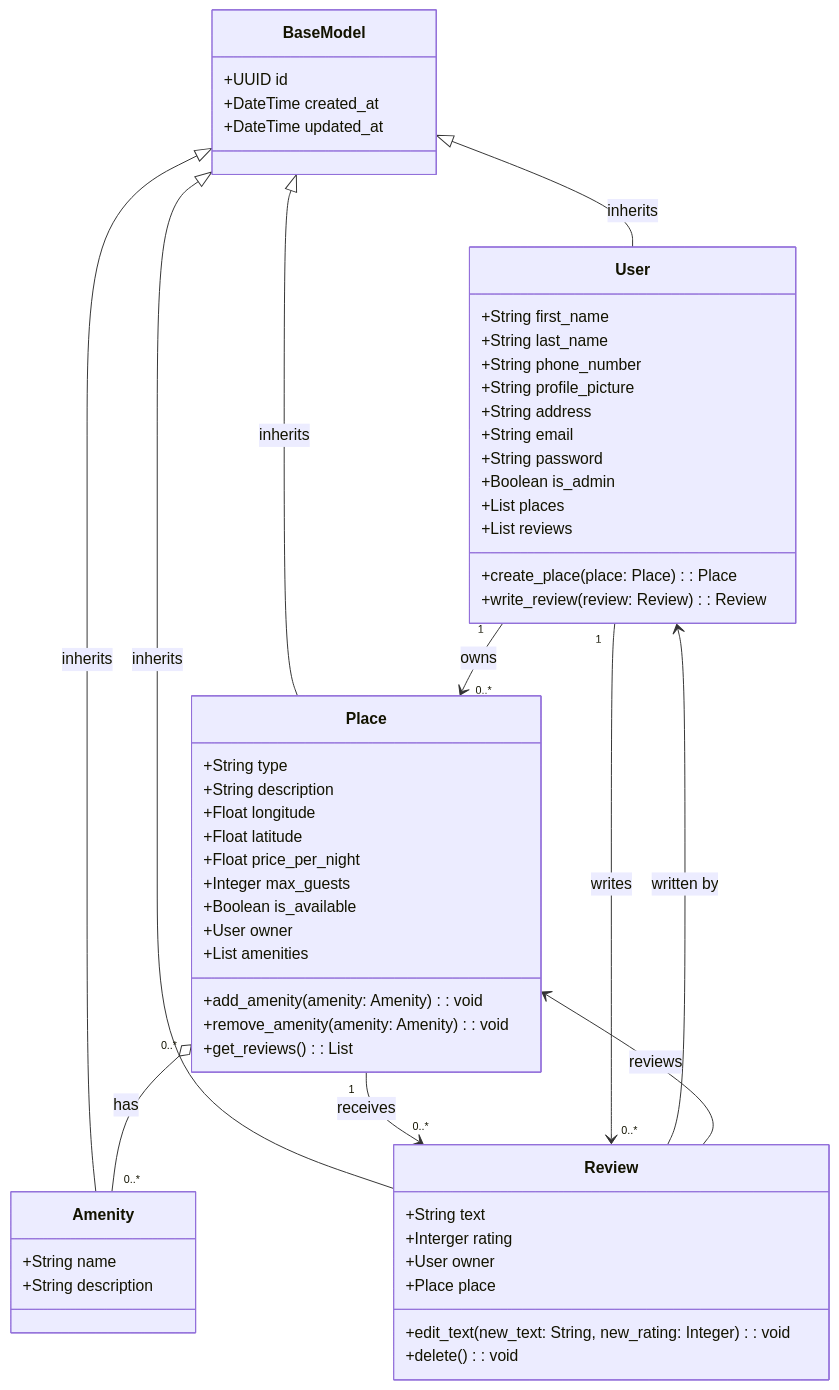
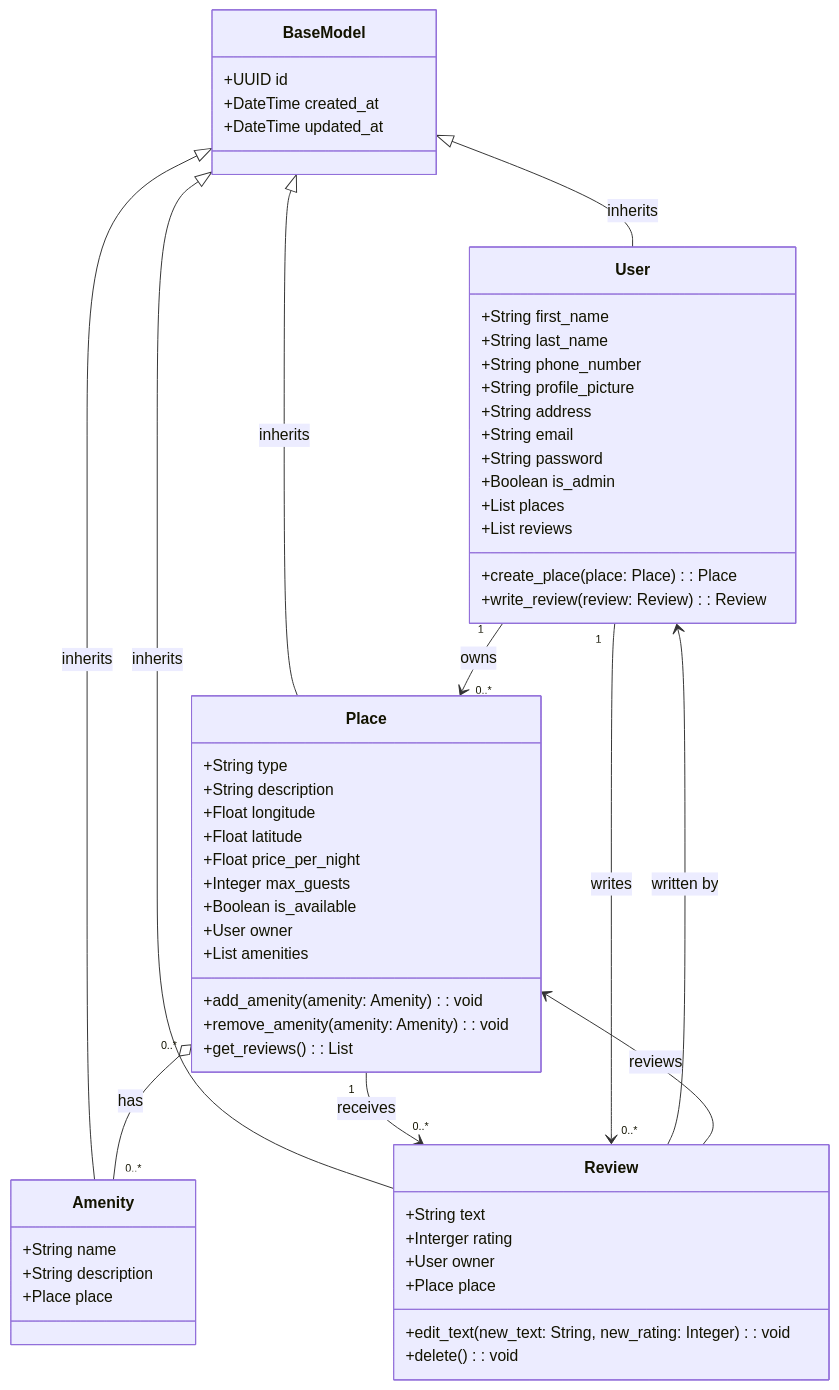
One commit to ItsZmainDev/holbertonschool-hbnb changed the diagram in part1/Detailed Class Diagram for Business Logic Layer.mmd. Above: the diagram before and after it, drawn with Mermaid.

Commit message:
Add place in amenity model

```diff
--- a/part1/Detailed Class Diagram for Business Logic Layer.mmd
+++ b/part1/Detailed Class Diagram for Business Logic Layer.mmd
@@ -1,64 +1,65 @@
 classDiagram
     class BaseModel {
         +UUID id
         +DateTime created_at
         +DateTime updated_at
     }
 
     class User {
         +String first_name
         +String last_name
         +String phone_number
         +String profile_picture
         +String address
         +String email
         +String password
         +Boolean is_admin
         +List<Place> places
         +List<Review> reviews
         +create_place(place: Place): Place
         +write_review(review: Review): Review
     }
 
     class Place {
         +String type
         +String description
         +Float longitude
         +Float latitude
         +Float price_per_night
         +Integer max_guests
         +Boolean is_available
         +User owner
         +List<Amenity> amenities
         +add_amenity(amenity: Amenity): void
         +remove_amenity(amenity: Amenity): void
         +get_reviews(): List<Review>
     }
 
     class Amenity {
         +String name
         +String description
+        +Place place
     }
 
     class Review {
         +String text
         +Interger rating
         +User owner
         +Place place
         +edit_text(new_text: String, new_rating: Integer): void
         +delete(): void
     }
 
     %% Inheritance
     BaseModel <|-- User : inherits
     BaseModel <|-- Place : inherits
     BaseModel <|-- Amenity : inherits
     BaseModel <|-- Review : inherits
 
     %% Relationships
     User "1" --> "0..*" Place : owns
     Place "0..*" o-- "0..*" Amenity : has
     Place "1" --> "0..*" Review : receives
     User "1" --> "0..*" Review : writes
     Review --> User: written by
     Review --> Place: reviews
```
